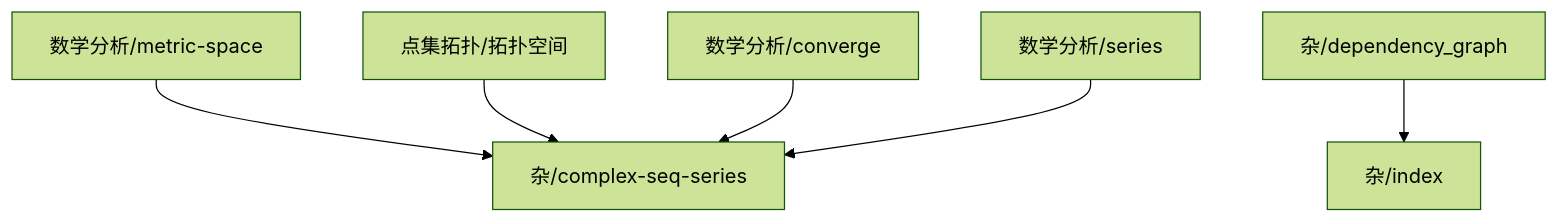
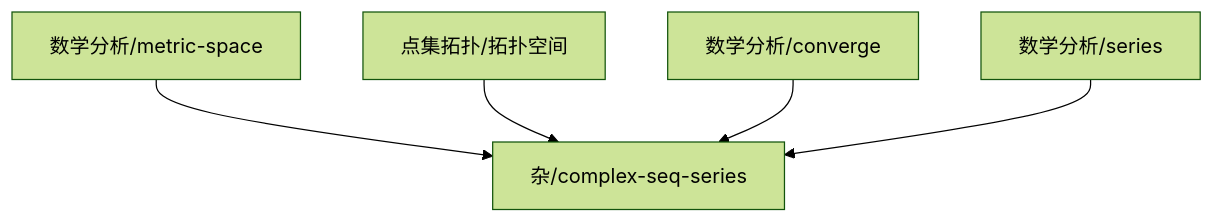
One commit to zeroDtree/zeroDtree.github.io changed the diagram in content/杂/dependency_graph.md. Above: the diagram before and after it, drawn with Mermaid (forest theme). The commit also changed 17 other files, not shown here.

````diff
--- a/content/杂/dependency_graph.md
+++ b/content/杂/dependency_graph.md
@@ -1,8 +1,7 @@
 ```mermaid
 graph TD
 1["数学分析/metric-space"] --> 0["杂/complex-seq-series"]
 2["点集拓扑/拓扑空间"] --> 0["杂/complex-seq-series"]
 3["数学分析/converge"] --> 0["杂/complex-seq-series"]
 4["数学分析/series"] --> 0["杂/complex-seq-series"]
-6["杂/dependency_graph"] --> 5["杂/index"]
 ```
````
